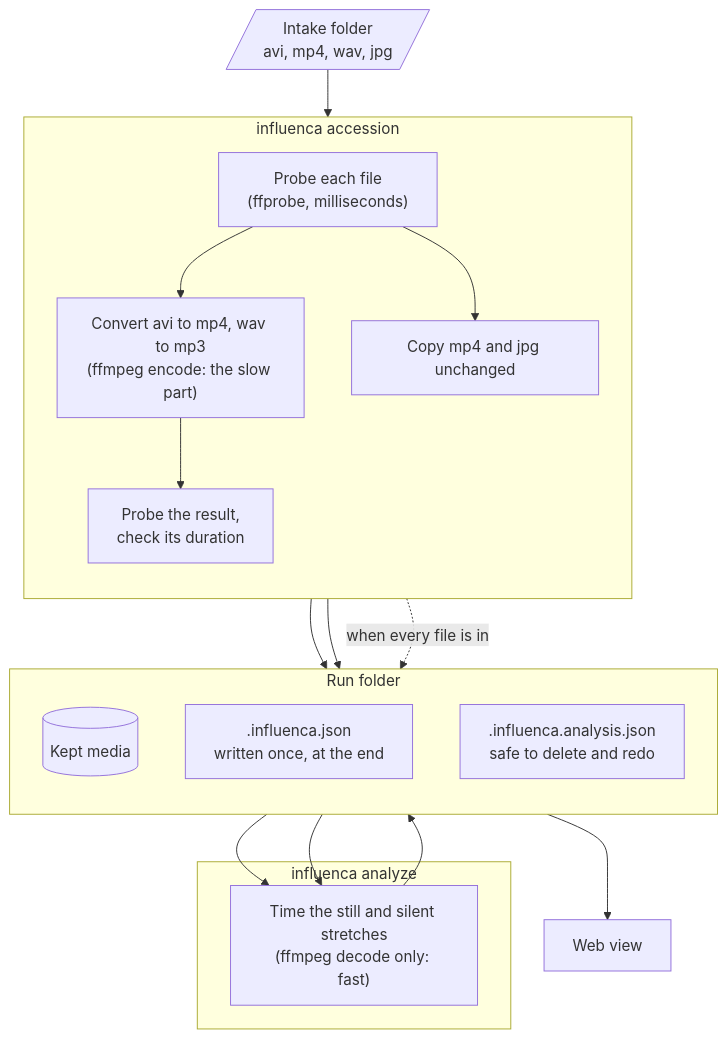
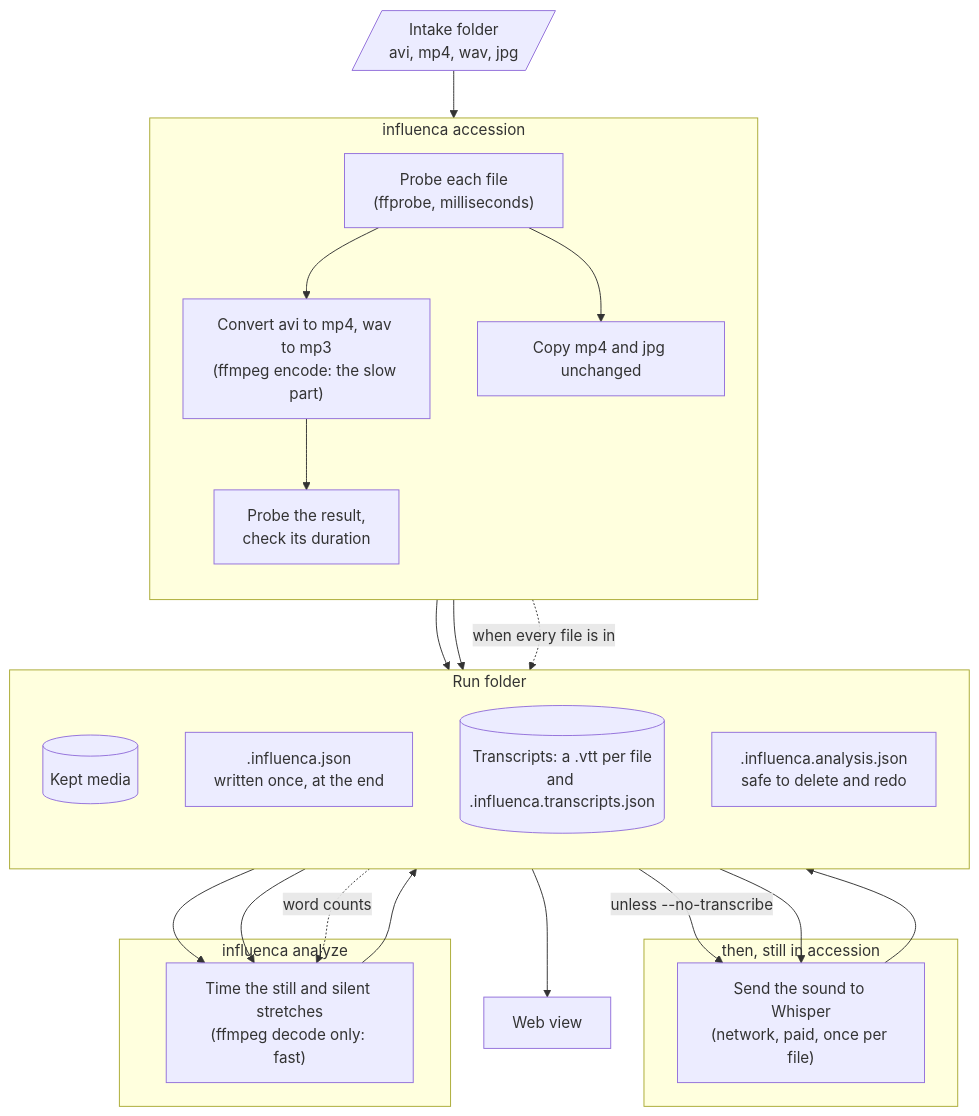
Before and after one commit to GaryB432/influenca: the diagram in README.md, drawn with Mermaid. The commit also changed other lines of this file and 25 other files, not shown here.

````diff
--- a/README.md
+++ b/README.md
@@ -14,34 +15,43 @@
 ```mermaid
 flowchart TD
   intake[/"Intake folder<br/>avi, mp4, wav, jpg"/]
 
   subgraph accession ["influenca accession"]
     direction TB
     probe["Probe each file<br/>(ffprobe, milliseconds)"]
     convert["Convert avi to mp4, wav to mp3<br/>(ffmpeg encode: the slow part)"]
     copy["Copy mp4 and jpg unchanged"]
     verify["Probe the result,<br/>check its duration"]
     probe --> convert --> verify
     probe --> copy
   end
 
   subgraph run ["Run folder"]
     direction TB
     media[("Kept media")]
     manifest[".influenca.json<br/>written once, at the end"]
+    vtt[("Transcripts: a .vtt per file<br/>and .influenca.transcripts.json")]
     analysis[".influenca.analysis.json<br/>safe to delete and redo"]
+  end
+
+  subgraph transcribe ["then, still in accession"]
+    whisper["Send the sound to Whisper<br/>(network, paid, once per file)"]
   end
 
   subgraph analyze ["influenca analyze"]
     measure["Time the still and silent stretches<br/>(ffmpeg decode only: fast)"]
   end
 
   intake --> probe
   verify --> media
   copy --> media
   accession -. "when every file is in" .-> manifest
   manifest --> measure
   media --> measure
   measure --> analysis
+  manifest -- "unless --no-transcribe" --> whisper
+  media --> whisper
+  whisper --> vtt
+  vtt -. "word counts" .-> measure
   manifest --> web["Web view"]
 ```
````
